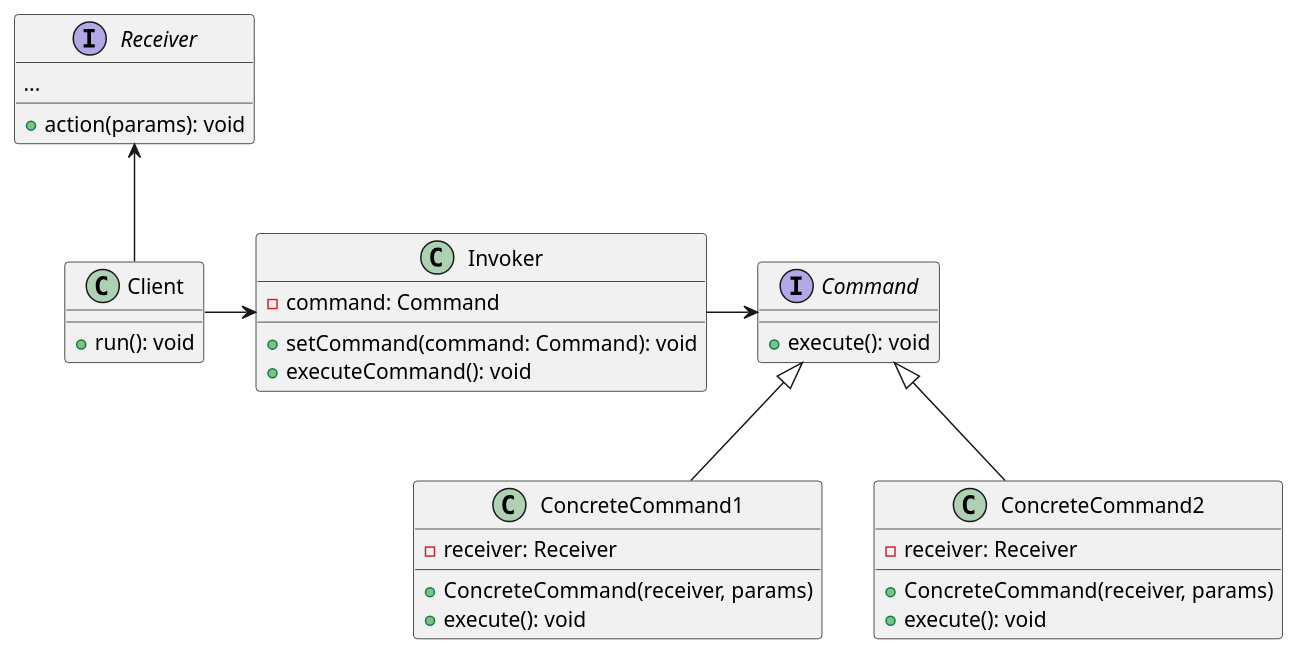
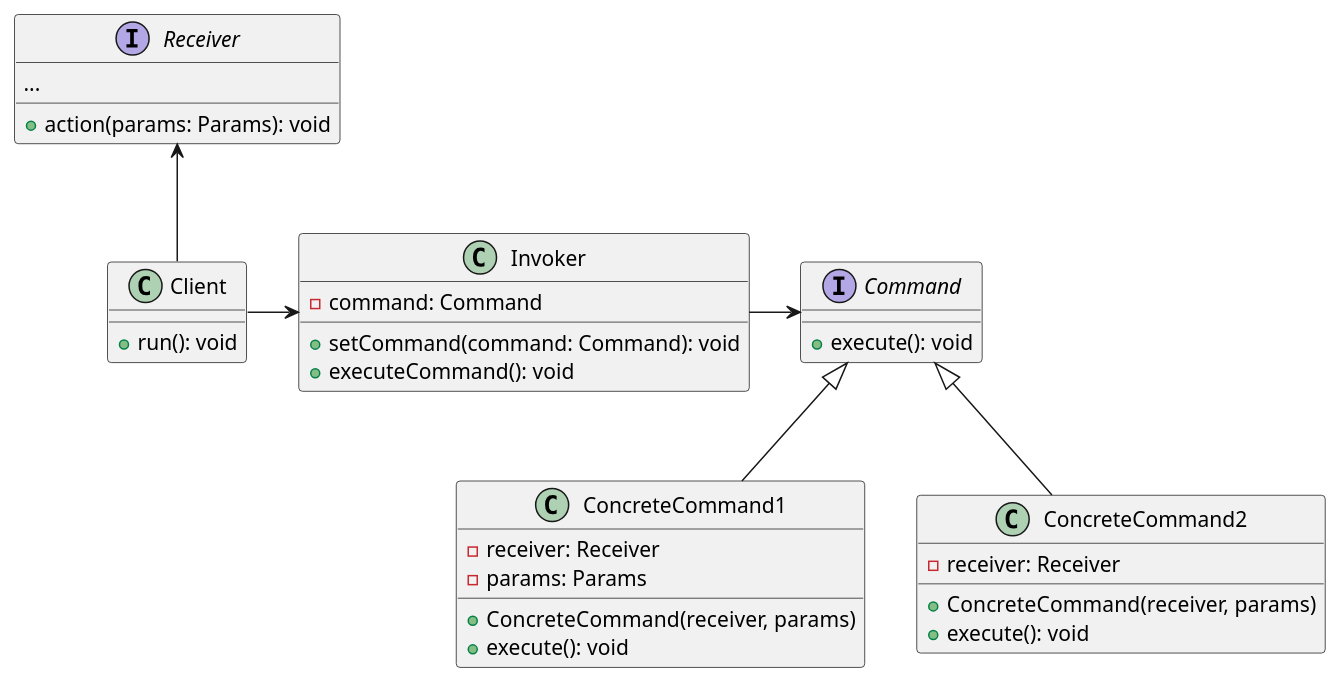
Before and after one commit to dominikcebula/gof-design-patterns: the diagram in src/main/resources/diagrams/behavioral/command/command.puml, drawn with PlantUML. The commit also changed 2 other files, not shown here.

```diff
--- a/src/main/resources/diagrams/behavioral/command/command.puml
+++ b/src/main/resources/diagrams/behavioral/command/command.puml
@@ -1,41 +1,42 @@
 @startuml
 
 interface Command {
   +execute(): void
 }
 
 class ConcreteCommand1 {
-  -receiver: Receiver
-  +ConcreteCommand(receiver, params)
-  +execute(): void
+-receiver: Receiver
+-params: Params
++ ConcreteCommand(receiver, params)
++ execute(): void
 }
 
 class ConcreteCommand2 {
   -receiver: Receiver
   +ConcreteCommand(receiver, params)
   +execute(): void
 }
 
 interface Receiver {
   ...
-  +action(params): void
++ action(params: Params): void
 }
 
 class Invoker {
-  -command: Command
-  +setCommand(command: Command): void
-  +executeCommand(): void
+- command: Command
++ setCommand(command: Command): void
++ executeCommand(): void
 }
 
 class Client {
   +run(): void
 }
 
 ConcreteCommand1 -up-|> Command
 ConcreteCommand2 -up-|> Command
 
 Invoker -right-> Command
 Client -right-> Invoker
 Client -up-> Receiver
 
 @enduml
```
